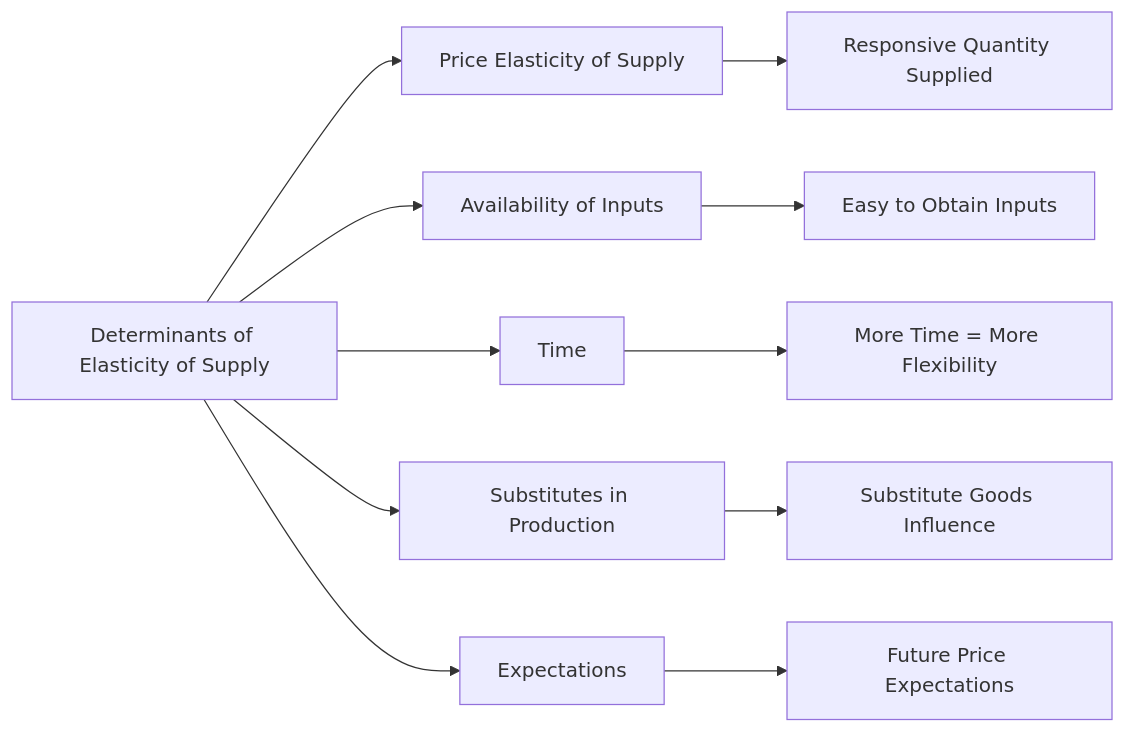
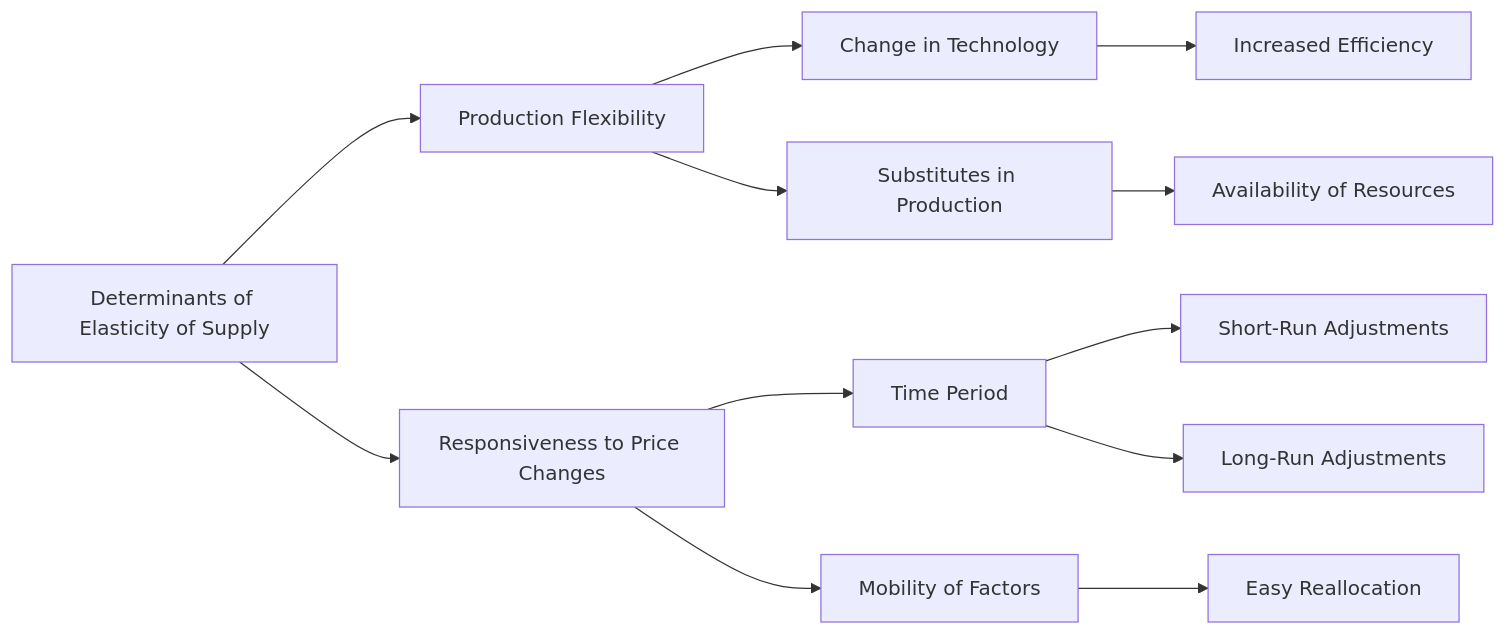
The diagram in Obsidian_Vault/2-Academic/Winter 2026/Economics/2_Theory_Of_Demand_And_Supply/Determinants_Of_Elasticity_Of_Supply.md (DagimAlemayehuu/Ater), drawn with Mermaid before and after one commit. The commit also changed other lines of this file and 39 other files, not shown here.

````diff
--- a/Obsidian_Vault/2-Academic/Winter 2026/Economics/2_Theory_Of_Demand_And_Supply/Determinants_Of_Elasticity_Of_Supply.md
+++ b/Obsidian_Vault/2-Academic/Winter 2026/Economics/2_Theory_Of_Demand_And_Supply/Determinants_Of_Elasticity_Of_Supply.md
@@ -41,15 +40,16 @@
 ```mermaid
 
 graph LR
-    A[Determinants of Elasticity of Supply] --> B[Price Elasticity of Supply]
-    A --> C[Availability of Inputs]
-    A --> D[Time]
-    A --> E[Substitutes in Production]
-    A --> F[Expectations]
-    B --> G[Responsive Quantity Supplied]
-    C --> H[Easy to Obtain Inputs]
-    D --> I[More Time = More Flexibility]
-    E --> J[Substitute Goods Influence]
-    F --> K[Future Price Expectations]
+    A[Determinants of Elasticity of Supply] --> B[Production Flexibility]
+    A --> C[Responsiveness to Price Changes]
+    B --> D[Change in Technology]
+    B --> E[Substitutes in Production]
+    C --> F[Time Period]
+    C --> G[Mobility of Factors]
+    D --> H[Increased Efficiency]
+    E --> I[Availability of Resources]
+    F --> J[Short-Run Adjustments]
+    F --> K[Long-Run Adjustments]
+    G --> L[Easy Reallocation]
 
 ```
````
